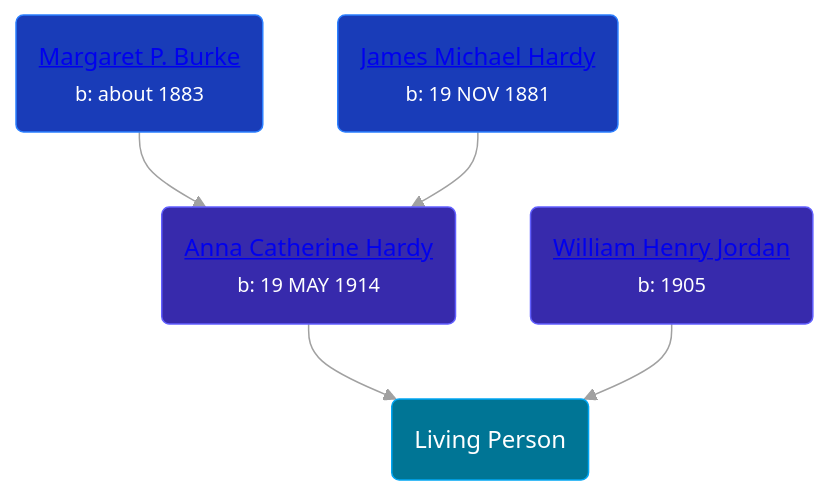
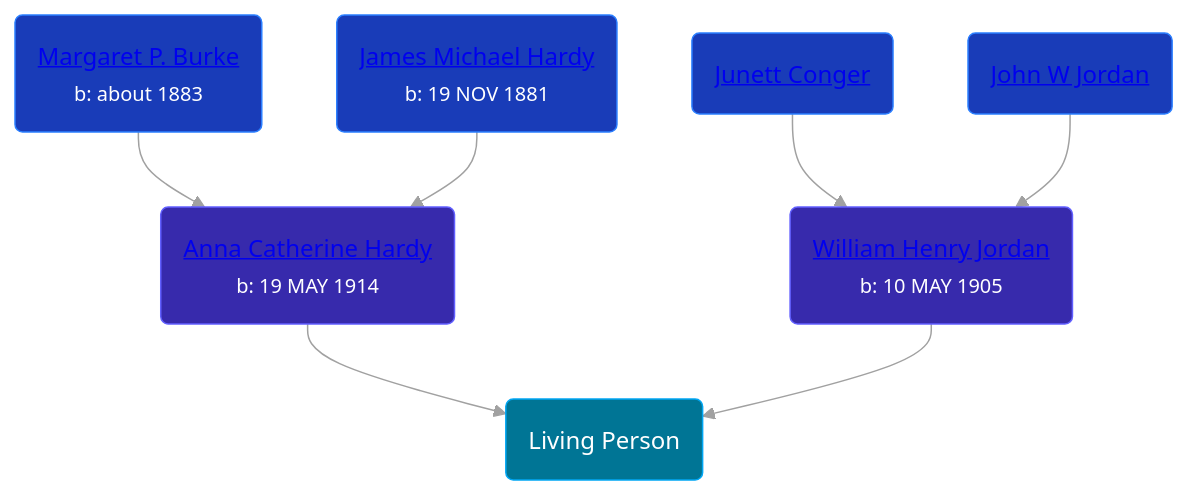
Before and after one commit to wpmgotkh/wpmgotkh.github.io: the diagram in pages/people/7/71455712.md, drawn with Mermaid. The commit also changed 257 other files, not shown here.

````diff
--- a/pages/people/7/71455712.md
+++ b/pages/people/7/71455712.md
@@ -10,12 +10,14 @@
 ```mermaid
 graph
 classDef grands fill:#193cb8,stroke:#2b7fff,stroke-width:1px,color:#fff;
 classDef parents fill:#372aac,stroke:#615fff,stroke-width:1px,color:#fff;
 classDef primary fill:#007595,stroke:#00a6f4,stroke-width:1px,color:#fff;
 71455712(Living Person):::primary
 25919759(<a class="text-white" href="/people/2/25919759">Anna Catherine Hardy</a><br /><small>b: 19 MAY 1914</small>):::parents-->71455712
 29782872(<a class="text-white" href="/people/2/29782872">Margaret P. Burke</a><br /><small>b: about 1883</small>):::grands-->25919759
 11204316(<a class="text-white" href="/people/1/11204316">James Michael Hardy</a><br /><small>b: 19 NOV 1881</small>):::grands-->25919759
-32091032(<a class="text-white" href="/people/3/32091032">William Henry Jordan</a><br /><small>b: 1905</small>):::parents-->71455712
+32091032(<a class="text-white" href="/people/3/32091032">William Henry Jordan</a><br /><small>b: 10 MAY 1905</small>):::parents-->71455712
+55321016(<a class="text-white" href="/people/5/55321016">Junett Conger</a>):::grands-->32091032
+97595723(<a class="text-white" href="/people/9/97595723">John W Jordan</a>):::grands-->32091032
 linkStyle default stroke:#a1a1a1
 ```
````
